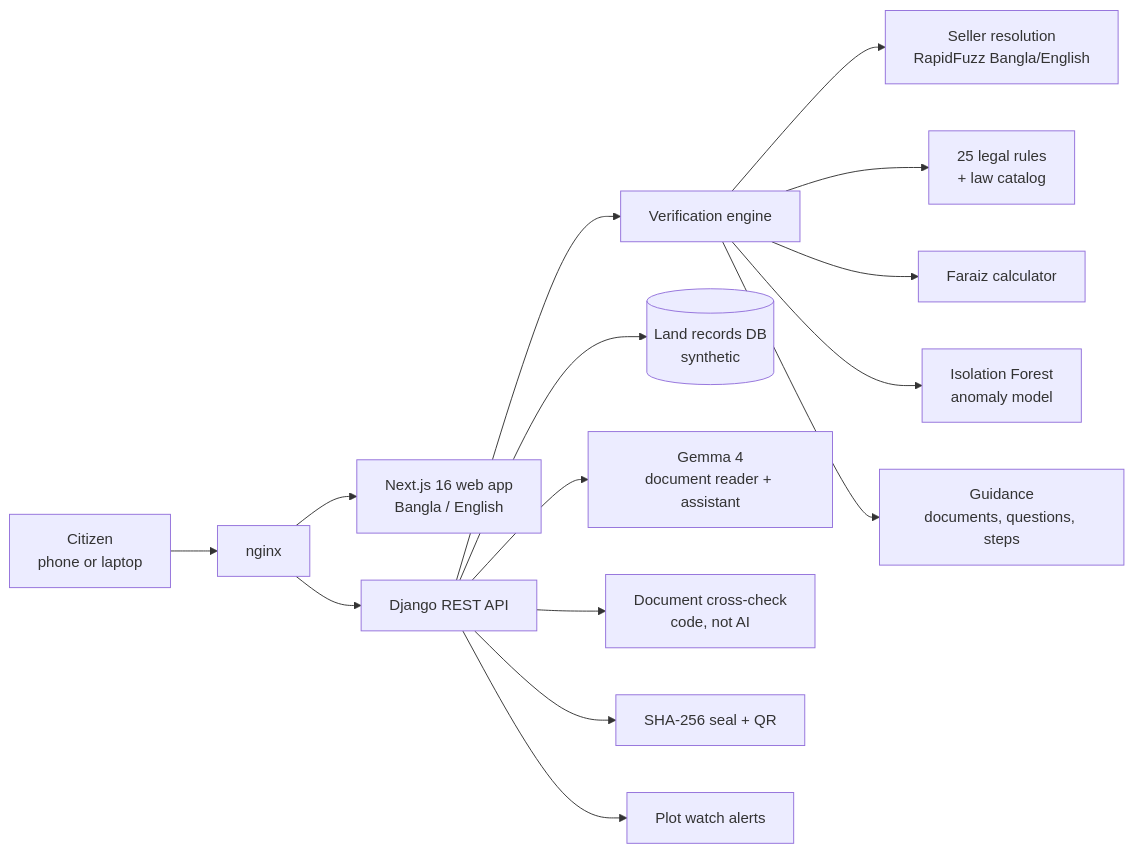
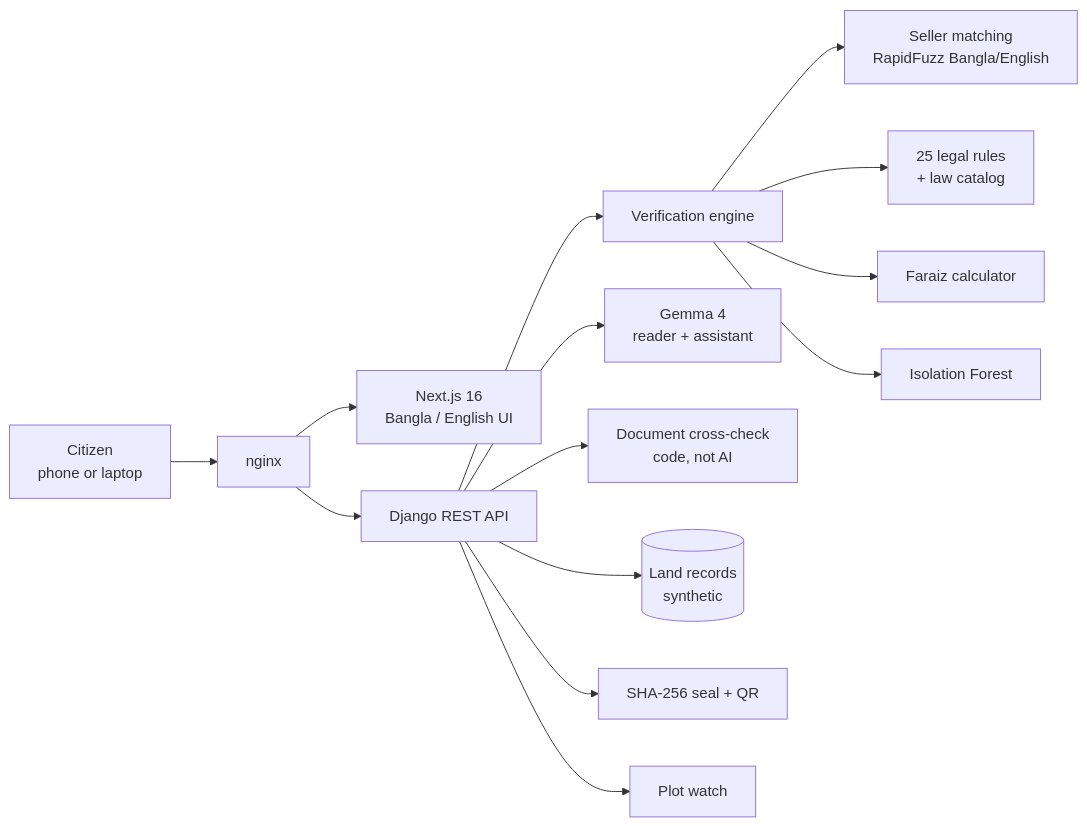
One commit to nomancsediu/JomiCheck changed the first of 2 diagrams in README.md. Above: the diagram before and after it, drawn with Mermaid. The commit also changed other lines of this file and 1 other file, not shown here.

````diff
--- a/README.md
+++ b/README.md
@@ -103,17 +80,16 @@
 ```mermaid
 flowchart LR
     U[Citizen<br/>phone or laptop] --> N[nginx]
-    N --> W[Next.js 16 web app<br/>Bangla / English]
+    N --> W[Next.js 16<br/>Bangla / English UI]
     N --> A[Django REST API]
     A --> E[Verification engine]
-    E --> E1[Seller resolution<br/>RapidFuzz Bangla/English]
+    E --> E1[Seller matching<br/>RapidFuzz Bangla/English]
     E --> E2[25 legal rules<br/>+ law catalog]
     E --> E3[Faraiz calculator]
-    E --> E4[Isolation Forest<br/>anomaly model]
-    E --> E5[Guidance<br/>documents, questions, steps]
-    A --> D[(Land records DB<br/>synthetic)]
-    A --> G[Gemma 4<br/>document reader + assistant]
+    E --> E4[Isolation Forest]
+    A --> G[Gemma 4<br/>reader + assistant]
     A --> X[Document cross-check<br/>code, not AI]
+    A --> D[(Land records<br/>synthetic)]
     A --> S[SHA-256 seal + QR]
-    A --> P[Plot watch alerts]
+    A --> P[Plot watch]
 ```
````
